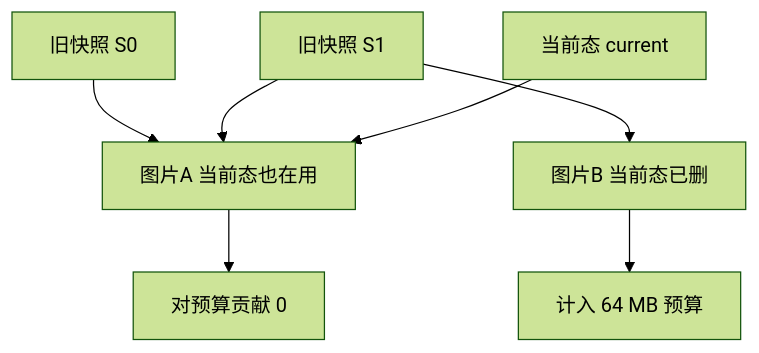
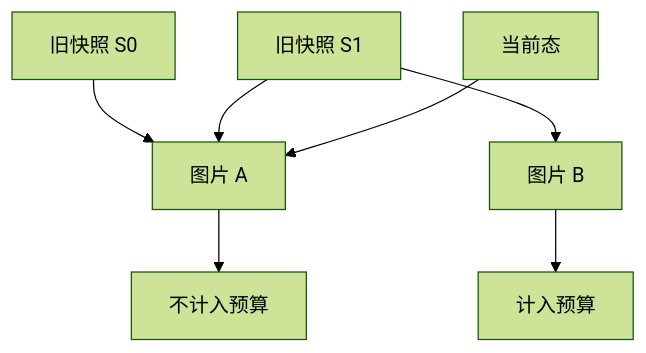
Before and after one commit to diguike/book-source-reading: the sixth of 6 diagrams in book/06-llm-space.md, drawn with Mermaid (forest theme). The commit also changed other lines of this file and 10 other files, not shown here.

````diff
--- a/book/06-llm-space.md
+++ b/book/06-llm-space.md
@@ -712,9 +654,9 @@
 ```mermaid
 graph TB
-    S0[旧快照 S0] --> imgA[图片A 当前态也在用]
+    S0[旧快照 S0] --> imgA[图片 A]
     S1[旧快照 S1] --> imgA
-    Cur[当前态 current] --> imgA
-    S1 --> imgB[图片B 当前态已删]
-    imgA --> Free[对预算贡献 0]
-    imgB --> Counted[计入 64 MB 预算]
+    Cur[当前态] --> imgA
+    S1 --> imgB[图片 B]
+    imgA --> Free[不计入预算]
+    imgB --> Counted[计入预算]
 ```
````
